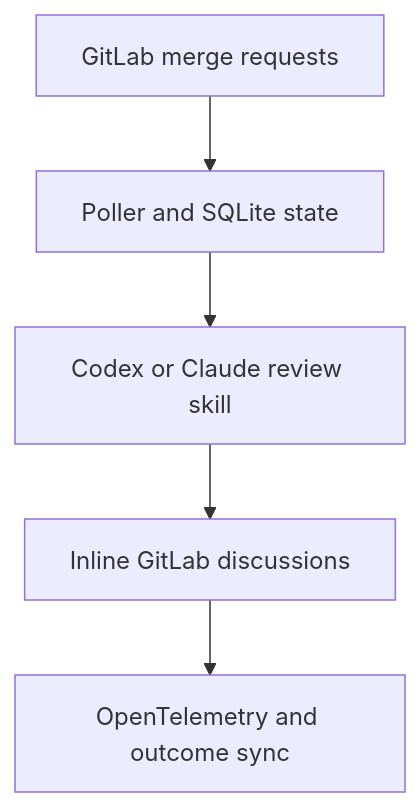
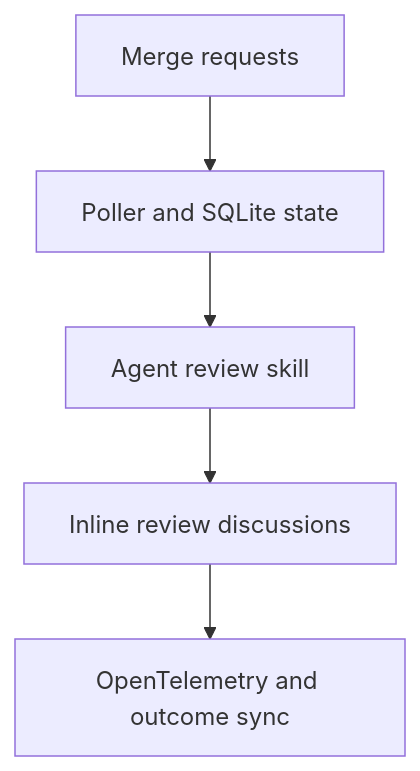
Before and after one commit to mountainowl/ai-code-review: the diagram in README.md, drawn with Mermaid. The commit also changed other lines of this file and 14 other files, not shown here.

````diff
--- a/README.md
+++ b/README.md
@@ -33,10 +41,10 @@
 ```mermaid
 flowchart TB
-    A["GitLab merge requests"]
+    A["Merge requests"]
     B["Poller and SQLite state"]
-    C["Codex or Claude review skill"]
-    D["Inline GitLab discussions"]
+    C["Agent review skill"]
+    D["Inline review discussions"]
     E["OpenTelemetry and outcome sync"]
 
     A --> B --> C --> D --> E
 ```
````
